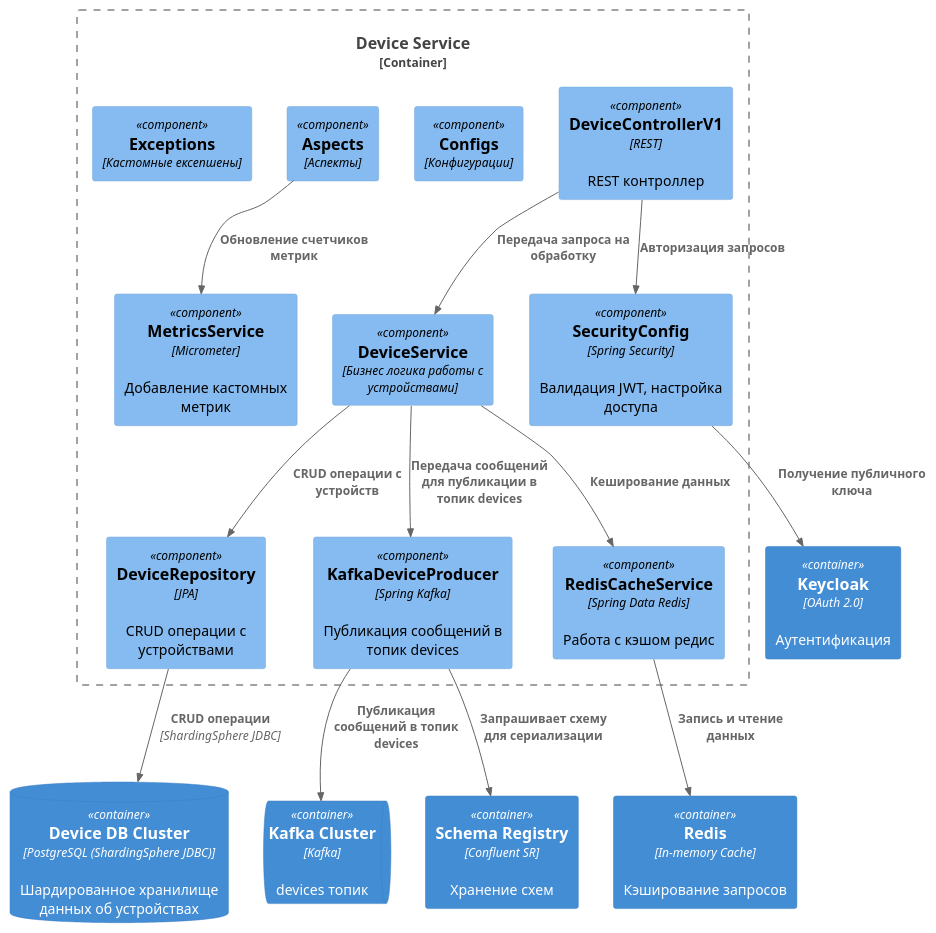
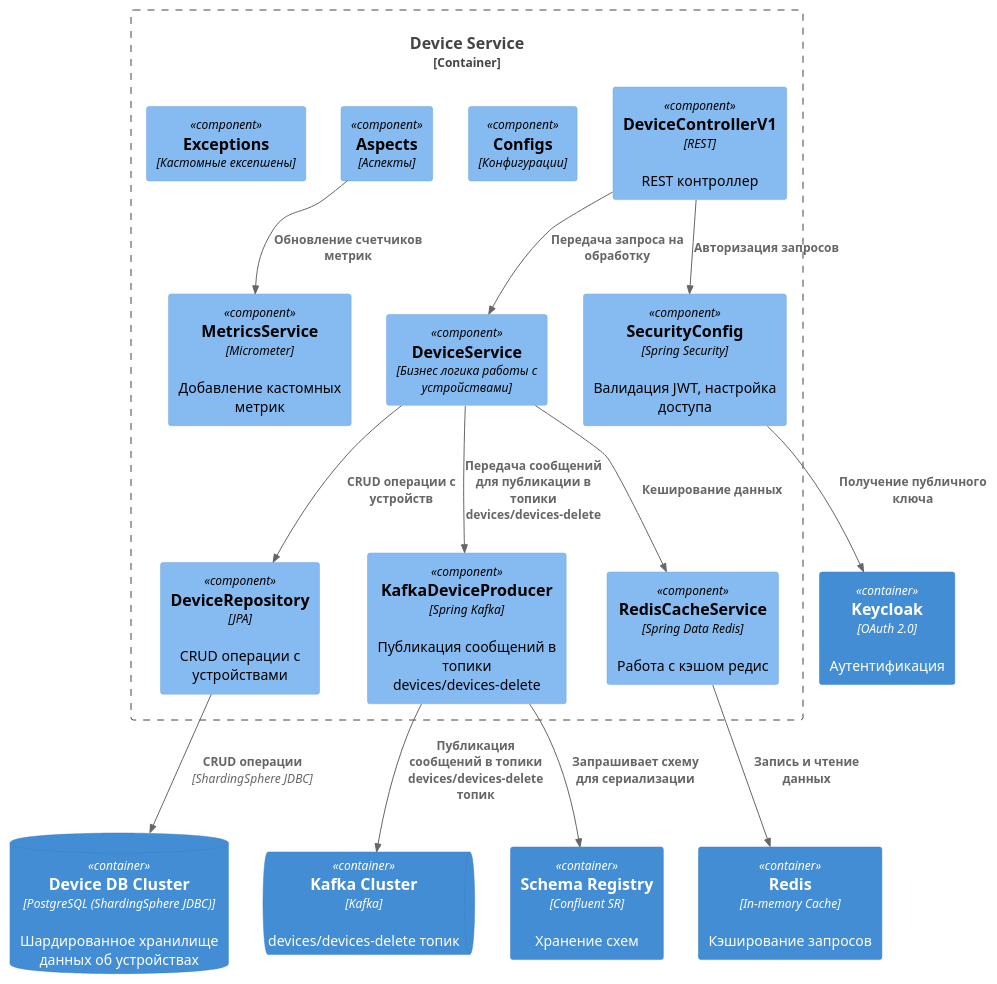
One commit to SinglePlayer56/iot changed the diagram in device-service/diagrams/component.puml. Above: the diagram before and after it, drawn with PlantUML. The commit also changed 4 other files, not shown here.

Commit message:
Add sequence diagram for device-service. Update diagrams.

```diff
--- a/device-service/diagrams/component.puml
+++ b/device-service/diagrams/component.puml
@@ -1,36 +1,36 @@
 @startuml
 !includeurl https://raw.githubusercontent.com/plantuml-stdlib/C4-PlantUML/master/C4_Component.puml
 
 Container_Boundary(device_service_components, "Device Service") {
     Component(device_controller_v1, "DeviceControllerV1", "REST", "REST контроллер")
     Component(device_service, "DeviceService", "Бизнес логика работы с устройствами")
     Component(device_repository, "DeviceRepository", "JPA", "CRUD операции с устройствами")
-    Component(kafka_device_producer, "KafkaDeviceProducer", "Spring Kafka", "Публикация сообщений в топик devices")
+    Component(kafka_device_producer, "KafkaDeviceProducer", "Spring Kafka", "Публикация сообщений в топики devices/devices-delete")
     Component(metrics_service, "MetricsService", "Micrometer", "Добавление кастомных метрик")
     Component(configs, "Configs", "Конфигурации")
     Component(aspects, "Aspects", "Аспекты")
     Component(exceptions, "Exceptions", "Кастомные ексепшены")
     Component(security_config, "SecurityConfig", "Spring Security", "Валидация JWT, настройка доступа")
     Component(redis_cache_service, "RedisCacheService", "Spring Data Redis", "Работа с кэшом редис")
 
     Rel(device_controller_v1, security_config, "Авторизация запросов")
     Rel(aspects, metrics_service, "Обновление счетчиков метрик")
     Rel(device_controller_v1, device_service, "Передача запроса на обработку")
     Rel(device_service, device_repository, "CRUD операции с устройств")
-    Rel(device_service, kafka_device_producer, "Передача сообщений для публикации в топик devices")
+    Rel(device_service, kafka_device_producer, "Передача сообщений для публикации в топики devices/devices-delete")
     Rel(device_service, redis_cache_service, "Кеширование данных")
 }
 
 ContainerDb(device_collector_data, "Device DB Cluster", "PostgreSQL (ShardingSphere JDBC)", "Шардированное хранилище данных об устройствах")
-ContainerQueue(kafka, "Kafka Cluster", "Kafka", "devices топик")
+ContainerQueue(kafka, "Kafka Cluster", "Kafka", "devices/devices-delete топик")
 Container(schema_registry, "Schema Registry", "Confluent SR", "Хранение схем")
 Container(redis, "Redis", "In-memory Cache", "Кэширование запросов")
 Container(keycloak, "Keycloak", "OAuth 2.0", "Аутентификация")
 
 Rel(redis_cache_service, redis, "Запись и чтение данных")
-Rel(kafka_device_producer, kafka, "Публикация сообщений в топик devices")
+Rel(kafka_device_producer, kafka, "Публикация сообщений в топики devices/devices-delete топик")
 Rel(device_repository, device_collector_data, "CRUD операции", "ShardingSphere JDBC")
 Rel(kafka_device_producer, schema_registry, "Запрашивает схему для сериализации")
 Rel(security_config, keycloak, "Получение публичного ключа")
 
 @enduml
```
